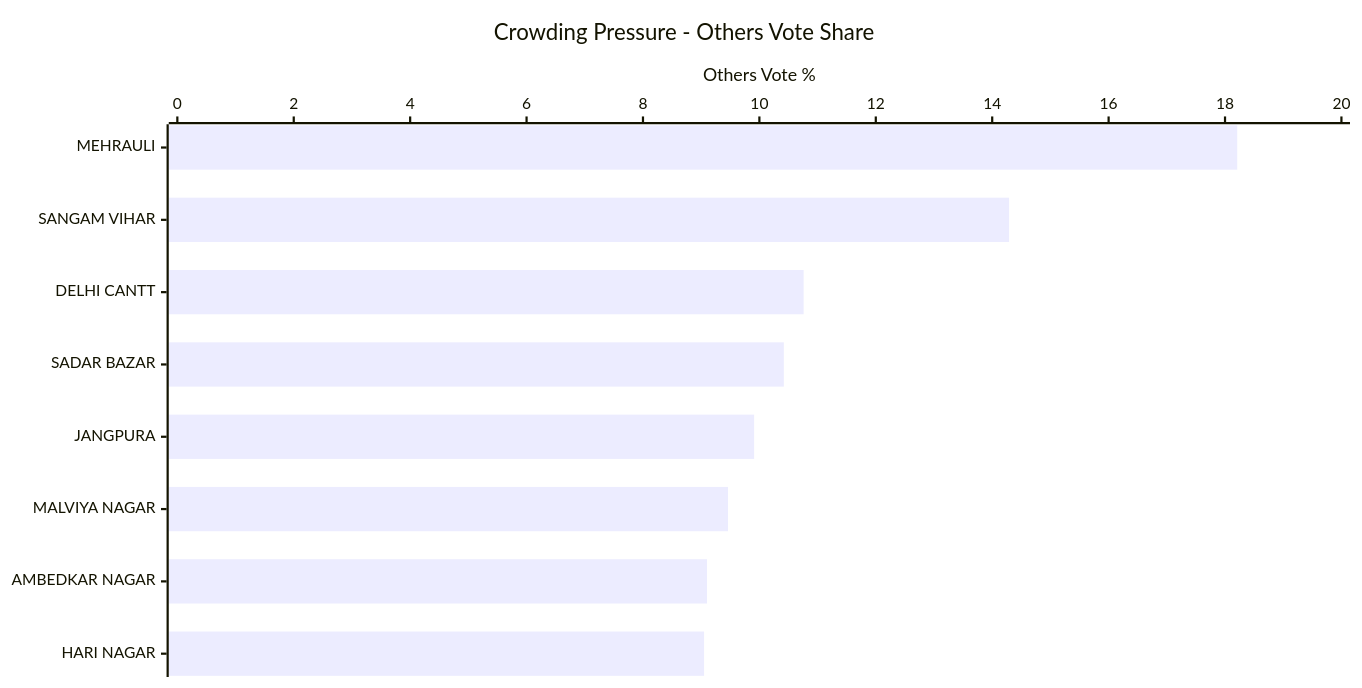
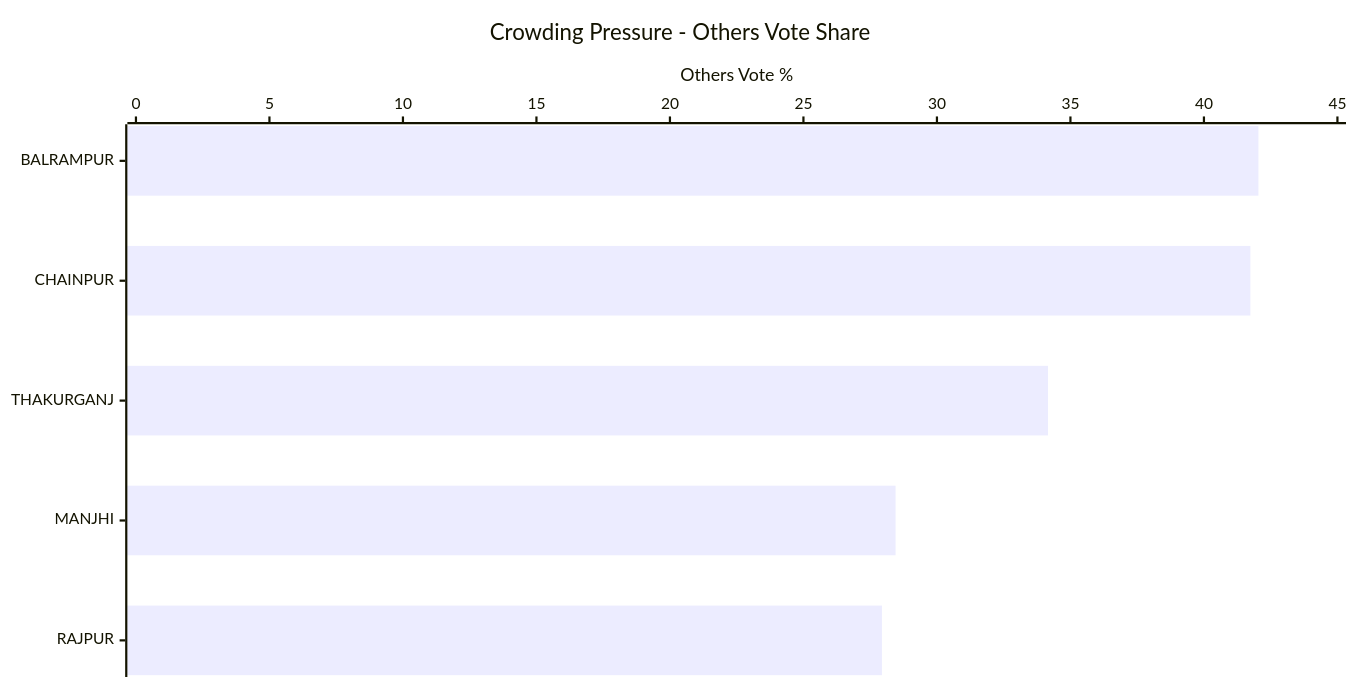
Diagram 20 of 23 in BIHAR-GRAPH.md (arjunswaj/elections), drawn with Mermaid before and after one commit. The commit also changed other lines of this file and 2 other files, not shown here.

````diff
--- a/BIHAR-GRAPH.md
+++ b/BIHAR-GRAPH.md
@@ -497,17 +505,17 @@
 ```mermaid
 ---
 config:
     xyChart:
         width: 1200
         height: 600
         chartOrientation: horizontal
         dataLabels:
             enabled: true
             placement: end
 ---
 xychart-beta
     title "Crowding Pressure - Others Vote Share"
-    x-axis ["MEHRAULI", "SANGAM VIHAR", "DELHI CANTT", "SADAR BAZAR", "JANGPURA", "MALVIYA NAGAR", "AMBEDKAR NAGAR", "HARI NAGAR"]
-    y-axis "Others Vote %" 0 --> 20
-    bar [18.21, 14.29, 10.76, 10.42, 9.91, 9.46, 9.10, 9.05]
+    x-axis ["BALRAMPUR", "CHAINPUR", "THAKURGANJ", "MANJHI", "RAJPUR"]
+    y-axis "Others Vote %" 0 --> 45
+    bar [42.04, 41.74, 34.16, 28.45, 27.94]
 ```
````
